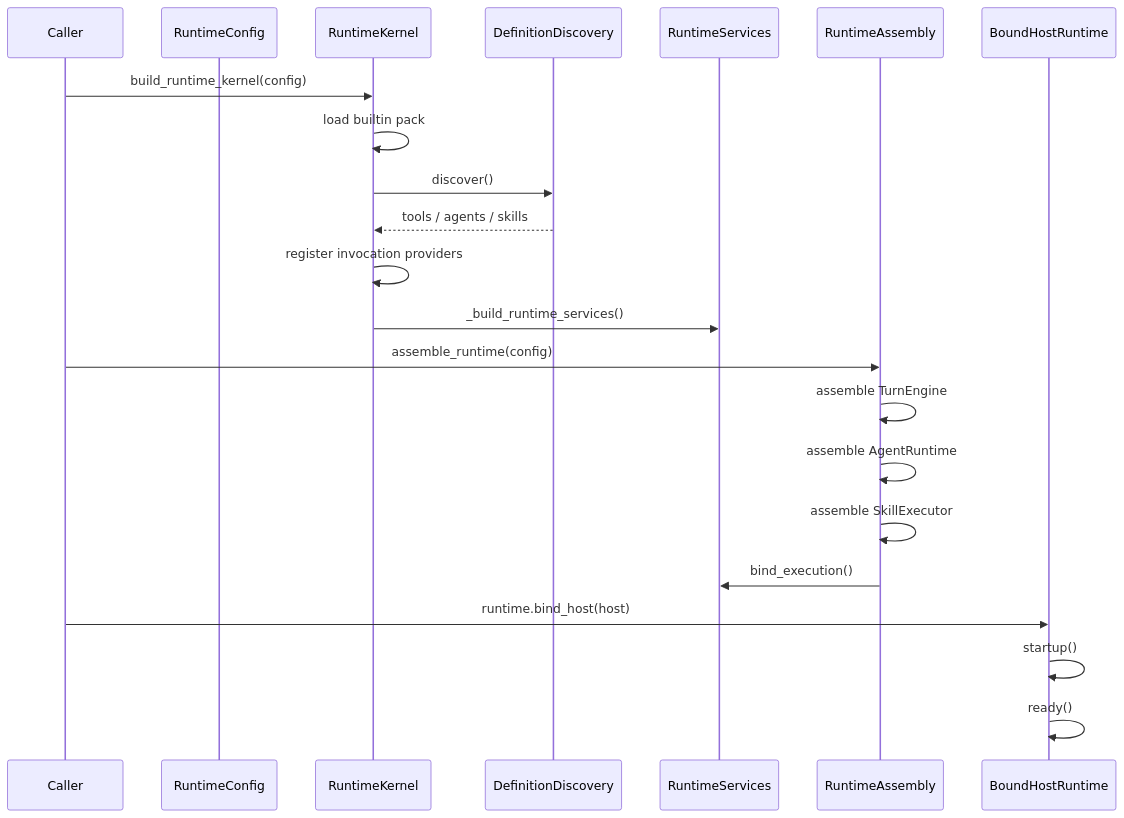
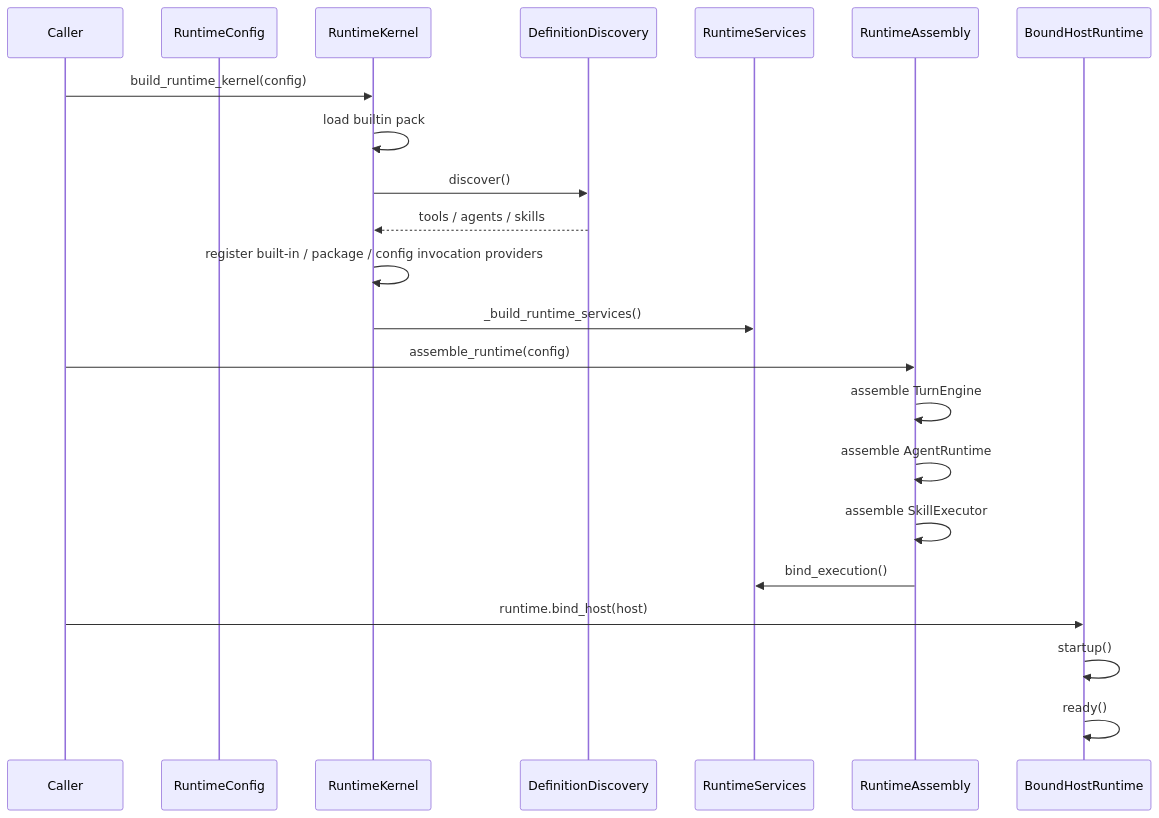
Before and after one commit to xyz2b/weave-ai-runtime: the second of 5 diagrams in docs/current-system-architecture.md, drawn with Mermaid. The commit also changed other lines of this file and 14 other files, not shown here.

Commit message:
Add package-contributed invocation providers

````diff
--- a/docs/current-system-architecture.md
+++ b/docs/current-system-architecture.md
@@ -947,25 +948,25 @@
 ```mermaid
 sequenceDiagram
     participant Caller as Caller
     participant Config as RuntimeConfig
     participant Kernel as RuntimeKernel
     participant Discovery as DefinitionDiscovery
     participant Services as RuntimeServices
     participant Runtime as RuntimeAssembly
     participant Host as BoundHostRuntime
 
     Caller->>Kernel: build_runtime_kernel(config)
     Kernel->>Kernel: load builtin pack
     Kernel->>Discovery: discover()
     Discovery-->>Kernel: tools / agents / skills
-    Kernel->>Kernel: register invocation providers
+    Kernel->>Kernel: register built-in / package / config invocation providers
     Kernel->>Services: _build_runtime_services()
     Caller->>Runtime: assemble_runtime(config)
     Runtime->>Runtime: assemble TurnEngine
     Runtime->>Runtime: assemble AgentRuntime
     Runtime->>Runtime: assemble SkillExecutor
     Runtime->>Services: bind_execution()
     Caller->>Host: runtime.bind_host(host)
     Host->>Host: startup()
     Host->>Host: ready()
 ```
````
